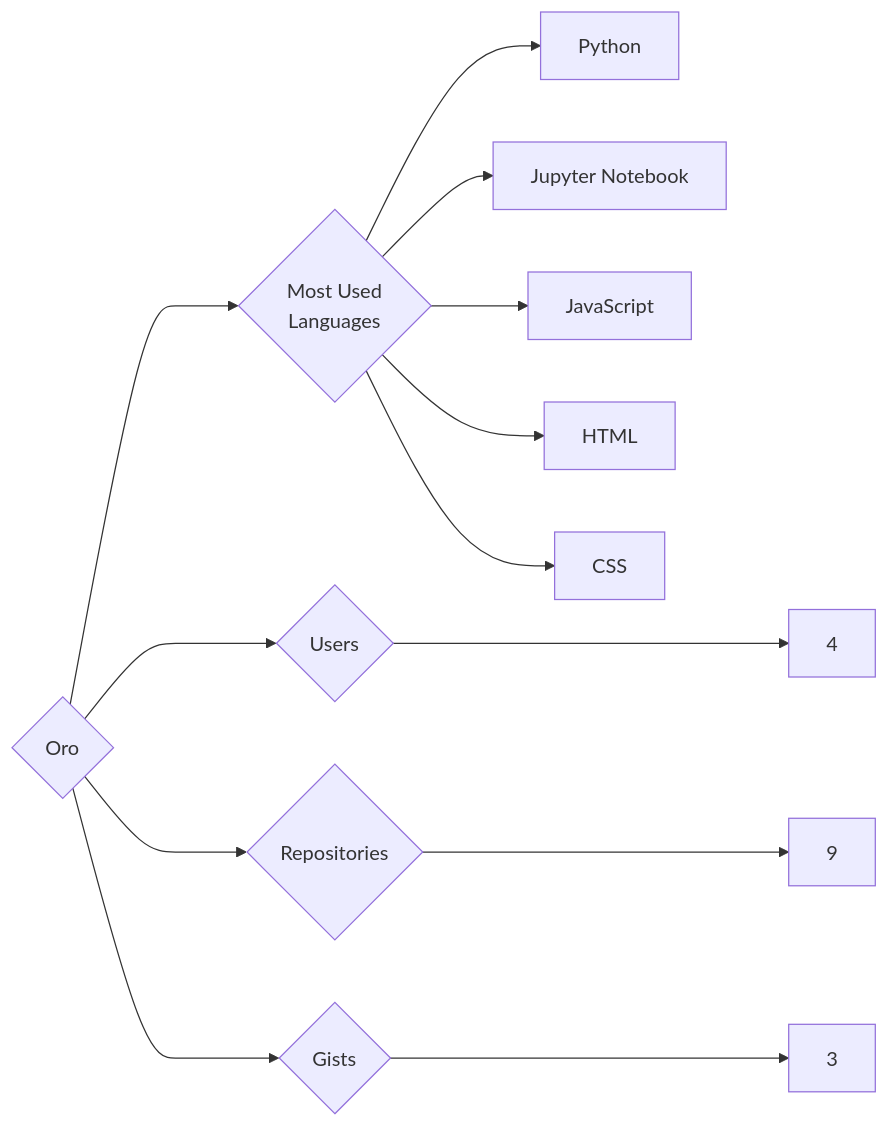
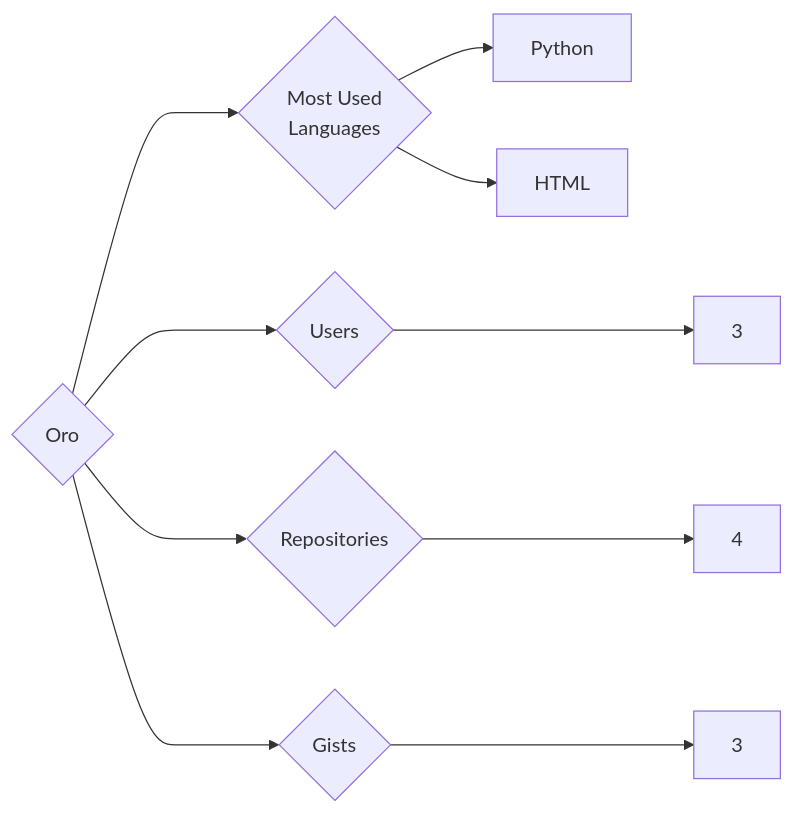
One commit to trickest/insiders changed the diagram in targets/Oro/README.md. Above: the diagram before and after it, drawn with Mermaid. The commit also changed 871 other files, not shown here.

````diff
--- a/targets/Oro/README.md
+++ b/targets/Oro/README.md
@@ -3,13 +3,10 @@
 ```mermaid
 graph LR
 COMPANY_NAME{Oro}
-COMPANY_NAME ---> U{Users} ---> UN[4]
-COMPANY_NAME ---> R{Repositories} ---> RN[9]
+COMPANY_NAME ---> U{Users} ---> UN[3]
+COMPANY_NAME ---> R{Repositories} ---> RN[4]
 COMPANY_NAME ---> G{Gists} ---> GN[3]
 COMPANY_NAME ---> ML{Most Used<br>Languages}
 ML --> Python[Python]
-ML --> Jupyter_Notebook[Jupyter Notebook]
-ML --> JavaScript[JavaScript]
 ML --> HTML[HTML]
-ML --> CSS[CSS]
 ```
````
